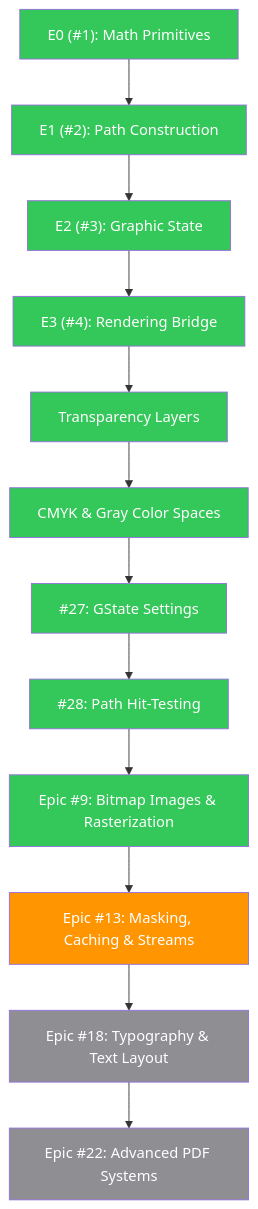
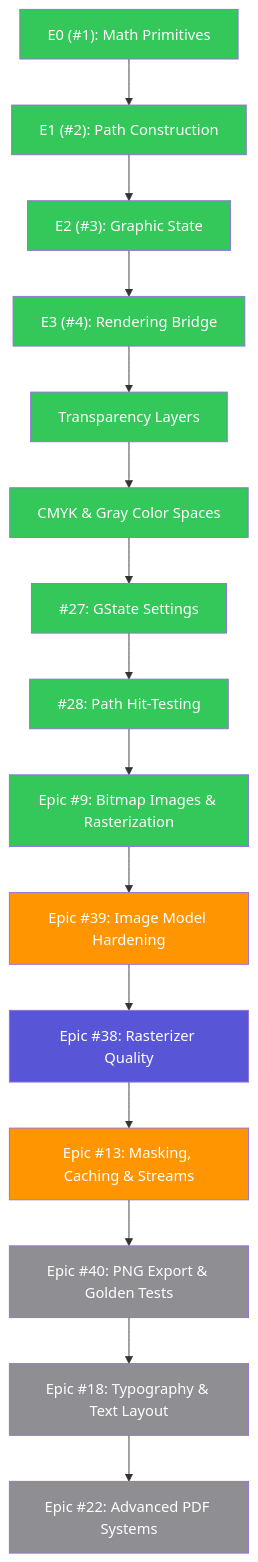
Before and after one commit to SlayerMotion/PureDraw: the first of 2 diagrams in docs/prioritized_roadmap.md, drawn with Mermaid. The commit also changed 1 other file, not shown here.

Commit message:
docs: add rasterizer, image-model, and PNG epics to the roadmap
Epics #38 (rasterizer quality), #39 (image model hardening, partial:
#45 and #46 shipped), and #40 (PNG export and golden-image tests) join
the status chain and get per-epic diagrams matching the house style.

````diff
--- a/docs/prioritized_roadmap.md
+++ b/docs/prioritized_roadmap.md
@@ -10,22 +10,25 @@
 ```mermaid
 flowchart TB
     classDef done    fill:#34C759,color:#FFFFFF
     classDef active  fill:#007AFF,color:#FFFFFF
     classDef review  fill:#30B0C7,color:#FFFFFF
     classDef next    fill:#5856D6,color:#FFFFFF
     classDef partial fill:#FF9500,color:#FFFFFF
     classDef todo    fill:#8E8E93,color:#FFFFFF
 
-    E0["E0 (#1): Math Primitives"]:::done --> E1["E1 (#2): Path Construction"]:::done --> E2["E2 (#3): Graphic State"]:::done --> E3["E3 (#4): Rendering Bridge"]:::done --> TL["Transparency Layers"]:::done --> CS["CMYK & Gray Color Spaces"]:::done --> P1_1["#27: GState Settings"]:::done --> P1_2["#28: Path Hit-Testing"]:::done --> Epic9["Epic #9: Bitmap Images & Rasterization"]:::done --> Epic13["Epic #13: Masking, Caching & Streams"]:::partial --> Epic18["Epic #18: Typography & Text Layout"]:::todo --> Epic22["Epic #22: Advanced PDF Systems"]:::todo
+    E0["E0 (#1): Math Primitives"]:::done --> E1["E1 (#2): Path Construction"]:::done --> E2["E2 (#3): Graphic State"]:::done --> E3["E3 (#4): Rendering Bridge"]:::done --> TL["Transparency Layers"]:::done --> CS["CMYK & Gray Color Spaces"]:::done --> P1_1["#27: GState Settings"]:::done --> P1_2["#28: Path Hit-Testing"]:::done --> Epic9["Epic #9: Bitmap Images & Rasterization"]:::done --> Epic39["Epic #39: Image Model Hardening"]:::partial --> Epic38["Epic #38: Rasterizer Quality"]:::next --> Epic13["Epic #13: Masking, Caching & Streams"]:::partial --> Epic40["Epic #40: PNG Export & Golden Tests"]:::todo --> Epic18["Epic #18: Typography & Text Layout"]:::todo --> Epic22["Epic #22: Advanced PDF Systems"]:::todo
 
     click E0 href "https://github.com/mihaelamj/PureDraw/issues/1" "E0"
     click E1 href "https://github.com/mihaelamj/PureDraw/issues/2" "E1"
     click E2 href "https://github.com/mihaelamj/PureDraw/issues/3" "E2"
     click E3 href "https://github.com/mihaelamj/PureDraw/issues/4" "E3"
     click P1_1 href "https://github.com/mihaelamj/PureDraw/issues/27" "Issue #27"
     click P1_2 href "https://github.com/mihaelamj/PureDraw/issues/28" "Issue #28"
     click Epic9 href "https://github.com/mihaelamj/PureDraw/issues/9" "Epic #9"
+    click Epic39 href "https://github.com/mihaelamj/PureDraw/issues/39" "Epic #39"
+    click Epic38 href "https://github.com/mihaelamj/PureDraw/issues/38" "Epic #38"
     click Epic13 href "https://github.com/mihaelamj/PureDraw/issues/13" "Epic #13"
+    click Epic40 href "https://github.com/mihaelamj/PureDraw/issues/40" "Epic #40"
     click Epic18 href "https://github.com/mihaelamj/PureDraw/issues/18" "Epic #18"
     click Epic22 href "https://github.com/mihaelamj/PureDraw/issues/22" "Epic #22"
 ```
````
